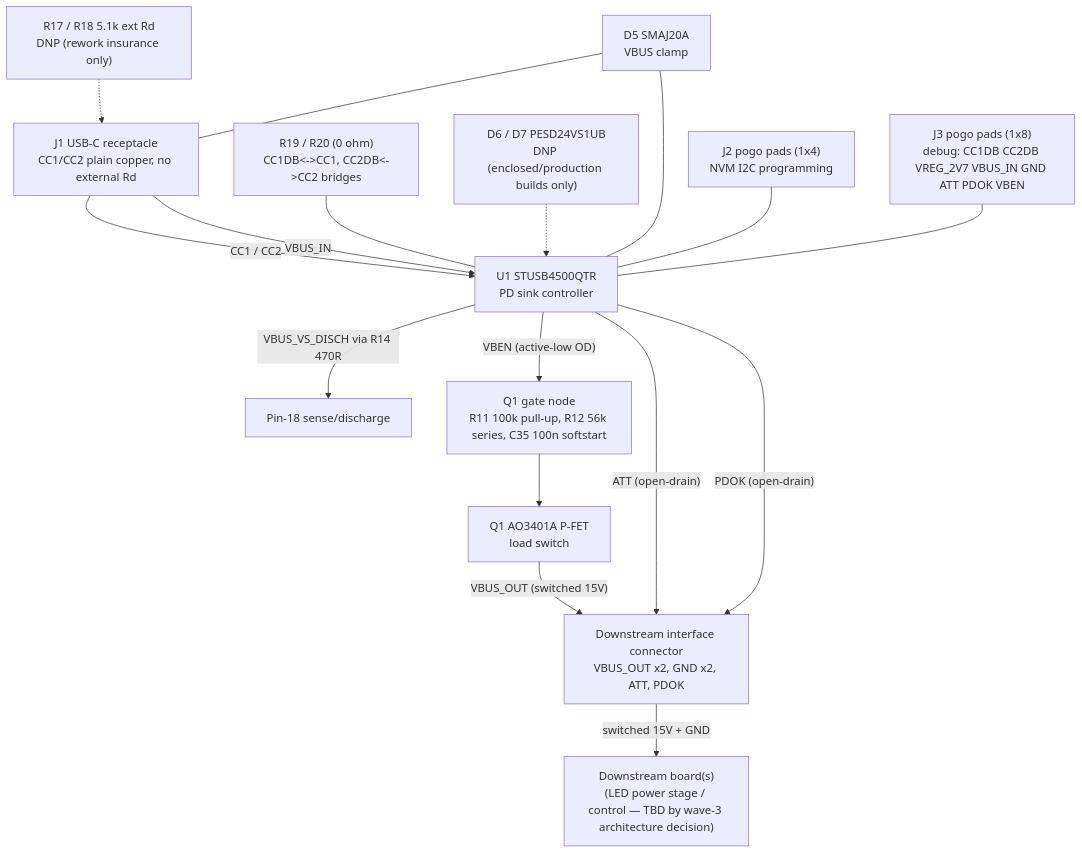
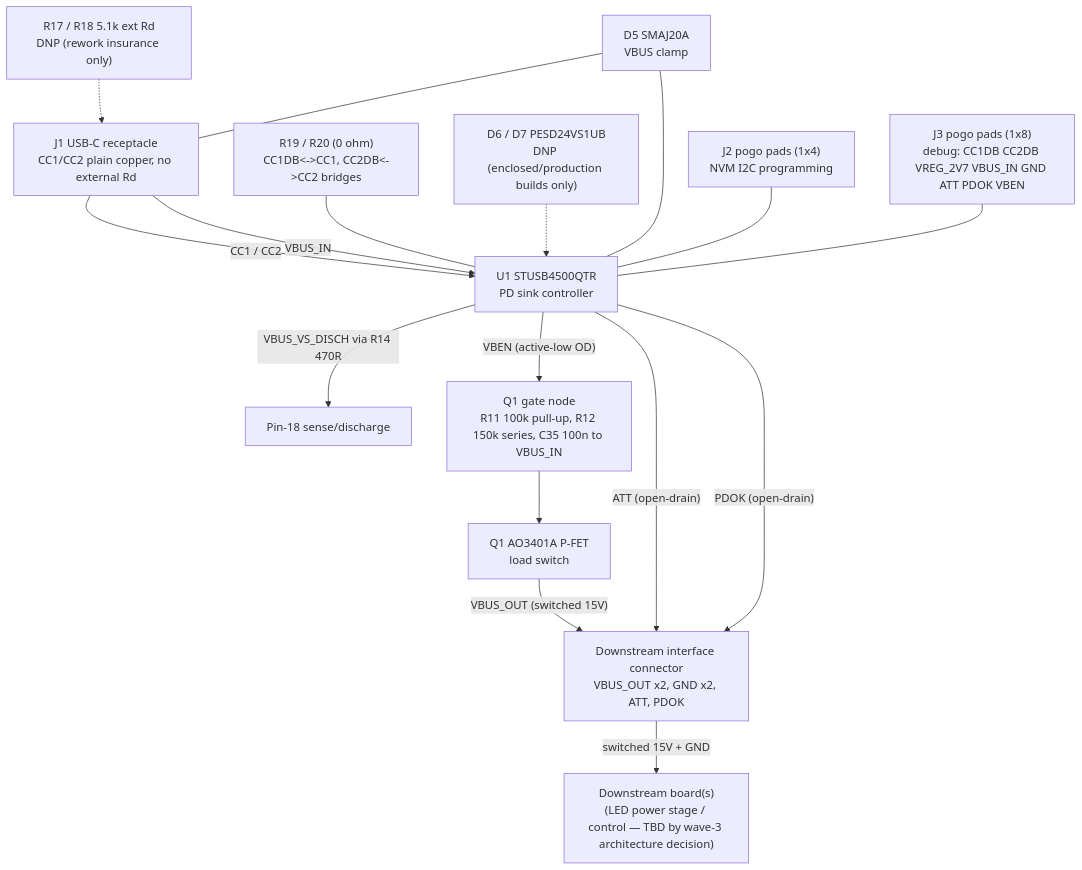
The diagram in doc/src/content/docs/power/board-p-front-end.mdx (Takazudo/zudo-led-lamp), drawn with Mermaid before and after one commit. The commit also changed other lines of this file and 56 other files, not shown here.

````diff
--- a/doc/src/content/docs/power/board-p-front-end.mdx
+++ b/doc/src/content/docs/power/board-p-front-end.mdx
@@ -49,25 +49,25 @@
 ```mermaid
 flowchart TD
   J1["J1 USB-C receptacle\nCC1/CC2 plain copper, no external Rd"] -->|"CC1 / CC2"| U1["U1 STUSB4500QTR\nPD sink controller"]
   J1 -->|"VBUS_IN"| U1
 
   DB["R19 / R20 (0 ohm)\nCC1DB<->CC1, CC2DB<->CC2 bridges"] --- U1
   RD["R17 / R18 5.1k ext Rd\nDNP (rework insurance only)"] -.-> J1
   CCESD["D6 / D7 PESD24VS1UB\nDNP (enclosed/production builds only)"] -.-> U1
 
   U1 -->|"VBUS_VS_DISCH via R14 470R"| P18["Pin-18 sense/discharge"]
-  U1 -->|"VBEN (active-low OD)"| GATE["Q1 gate node\nR11 100k pull-up, R12 56k series, C35 100n softstart"]
+  U1 -->|"VBEN (active-low OD)"| GATE["Q1 gate node\nR11 100k pull-up, R12 150k series, C35 100n to VBUS_IN"]
   GATE --> Q1["Q1 AO3401A P-FET\nload switch"]
 
   D5["D5 SMAJ20A\nVBUS clamp"] --- U1
   D5 --- J1
 
   Q1 -->|"VBUS_OUT (switched 15V)"| JOUT["Downstream interface connector\nVBUS_OUT x2, GND x2, ATT, PDOK"]
   U1 -->|"ATT (open-drain)"| JOUT
   U1 -->|"PDOK (open-drain)"| JOUT
 
   J2["J2 pogo pads (1x4)\nNVM I2C programming"] --- U1
   J3["J3 pogo pads (1x8)\ndebug: CC1DB CC2DB VREG_2V7 VBUS_IN GND ATT PDOK VBEN"] --- U1
 
   JOUT -->|"switched 15V + GND"| DOWNSTREAM["Downstream board(s)\n(LED power stage / control — TBD by wave-3 architecture decision)"]
 ```
````
